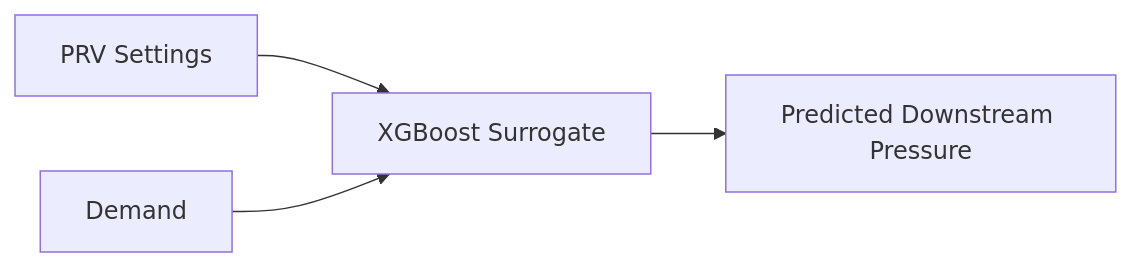
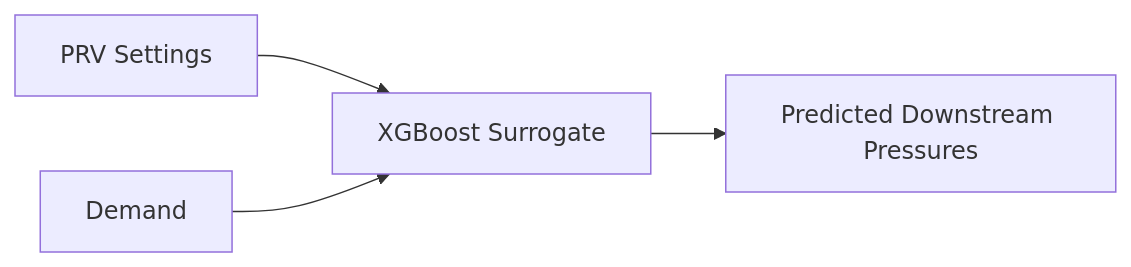
One commit to mahmmooudian/water-network-ai-analyzer changed the sixth of 9 diagrams in README.md. Above: the diagram before and after it, drawn with Mermaid. The commit also changed other lines of this file, not shown here.

````diff
--- a/README.md
+++ b/README.md
@@ -333,6 +328,6 @@
 ```mermaid
 flowchart LR
     A[PRV Settings] --> C[XGBoost Surrogate]
     B[Demand] --> C
-    C --> D[Predicted Downstream Pressure]
+    C --> D[Predicted Downstream Pressures]
 ```
````
